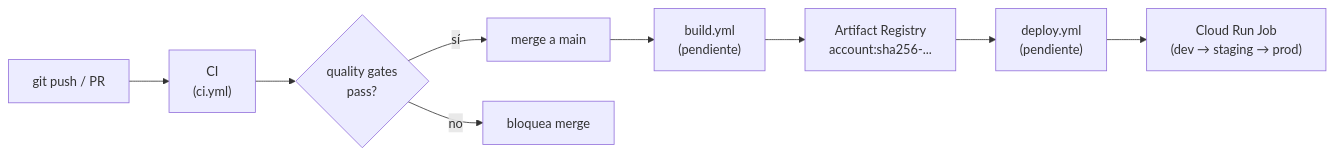
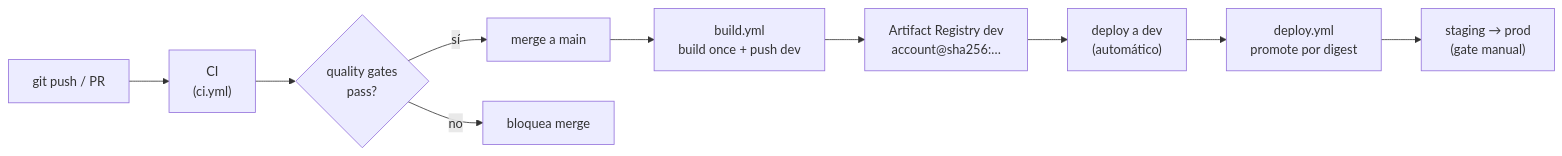
One commit to alopezm-ironside/datalake-platform changed the diagram in docs/ops/ci-cd.md. Above: the diagram before and after it, drawn with Mermaid. The commit also changed other lines of this file and 3 other files, not shown here.

First line of the commit message:
ci: add build and deploy workflows (build-once, promote by digest)

````diff
--- a/docs/ops/ci-cd.md
+++ b/docs/ops/ci-cd.md
@@ -87,11 +98,12 @@
 ```mermaid
 flowchart LR
     A["git push / PR"] --> B["CI<br/>(ci.yml)"]
     B --> C{"quality gates<br/>pass?"}
     C -- "sí" --> D["merge a main"]
     C -- "no" --> E["bloquea merge"]
-    D --> F["build.yml<br/>(pendiente)"]
-    F --> G["Artifact Registry<br/>account:sha256-..."]
-    G --> H["deploy.yml<br/>(pendiente)"]
-    H --> I["Cloud Run Job<br/>(dev → staging → prod)"]
+    D --> F["build.yml<br/>build once + push dev"]
+    F --> G["Artifact Registry dev<br/>account@sha256:…"]
+    G --> H["deploy a dev<br/>(automático)"]
+    H --> I["deploy.yml<br/>promote por digest"]
+    I --> J["staging → prod<br/>(gate manual)"]
 ```
````
